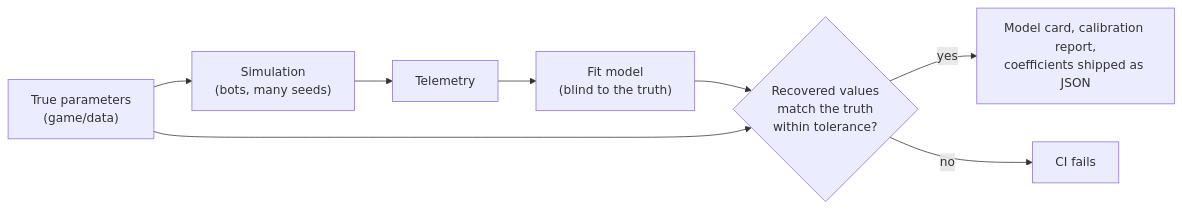
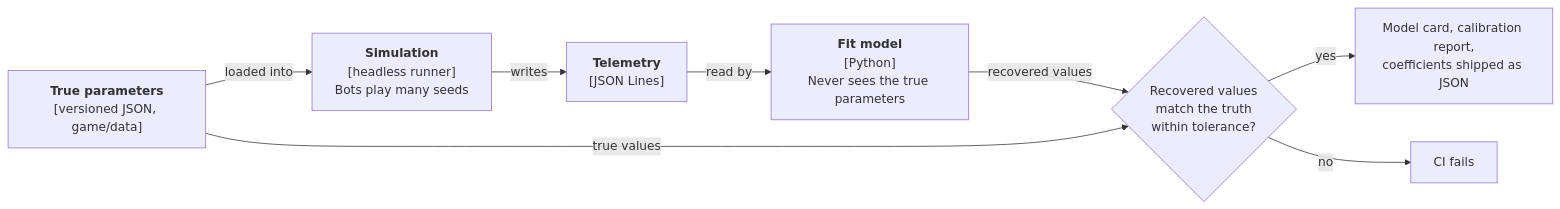
One commit to Huntling94/tallow changed the seventh of 7 diagrams in docs/architecture/overview.md. Above: the diagram before and after it, drawn with Mermaid. The commit also changed other lines of this file and 7 other files, not shown here.

````diff
--- a/docs/architecture/overview.md
+++ b/docs/architecture/overview.md
@@ -213,10 +221,10 @@
 ```mermaid
 flowchart LR
-    truth["True parameters<br/>(game/data)"] --> sim["Simulation<br/>(bots, many seeds)"]
-    sim --> tel["Telemetry"]
-    tel --> fit["Fit model<br/>(blind to the truth)"]
-    fit --> check{"Recovered values<br/>match the truth<br/>within tolerance?"}
-    truth --> check
+    truth["<b>True parameters</b><br/>[versioned JSON, game/data]"] -- "loaded into" --> sim["<b>Simulation</b><br/>[headless runner]<br/>Bots play many seeds"]
+    sim -- "writes" --> tel["<b>Telemetry</b><br/>[JSON Lines]"]
+    tel -- "read by" --> fit["<b>Fit model</b><br/>[Python]<br/>Never sees the true parameters"]
+    fit -- "recovered values" --> check{"Recovered values<br/>match the truth<br/>within tolerance?"}
+    truth -- "true values" --> check
     check -- "yes" --> ship["Model card, calibration report,<br/>coefficients shipped as JSON"]
     check -- "no" --> fail["CI fails"]
 ```
````
